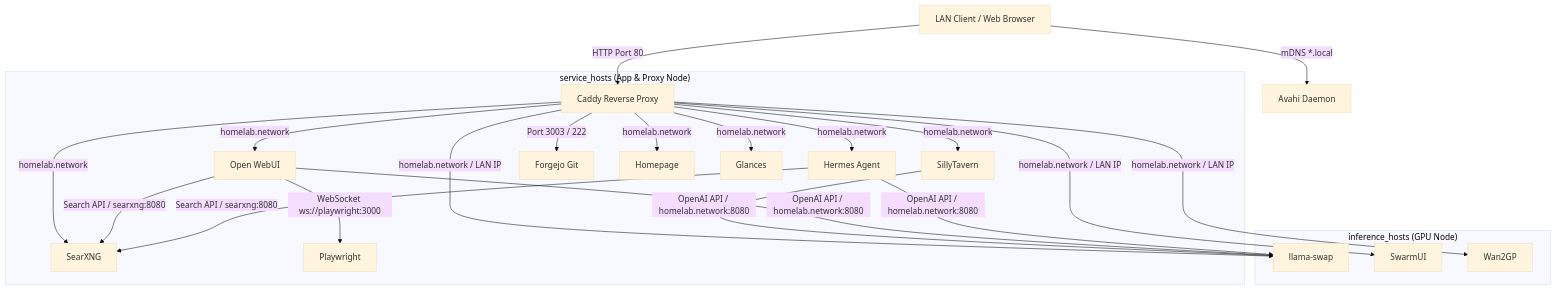
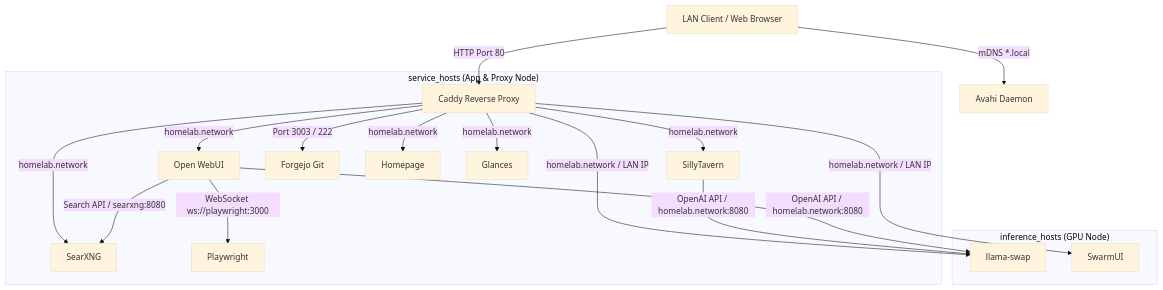
One commit to Darkkal/homelab changed the diagram in docs/architecture.md. Above: the diagram before and after it, drawn with Mermaid (base theme). The commit also changed other lines of this file and 3 other files, not shown here.

Commit message:
docs: remove hermes and wan2gp references

````diff
--- a/docs/architecture.md
+++ b/docs/architecture.md
@@ -23,28 +23,24 @@
 ```mermaid
 graph TD
     Client[LAN Client / Web Browser] -->|mDNS *.local| Avahi[Avahi Daemon]
     Client -->|HTTP Port 80| Caddy[Caddy Reverse Proxy]
     
     subgraph service_hosts ["service_hosts (App & Proxy Node)"]
         Caddy -->|homelab.network| SillyTavern[SillyTavern]
         Caddy -->|homelab.network| OpenWebUI[Open WebUI]
-        Caddy -->|homelab.network| Hermes[Hermes Agent]
         Caddy -->|homelab.network| SearXNG[SearXNG]
         Caddy -->|Port 3003 / 222| Forgejo[Forgejo Git]
         Caddy -->|homelab.network| Homepage[Homepage]
         Caddy -->|homelab.network| Glances[Glances]
         OpenWebUI -->|WebSocket ws://playwright:3000| Playwright[Playwright]
     end
 
     subgraph inference_hosts ["inference_hosts (GPU Node)"]
         Caddy -->|homelab.network / LAN IP| LlamaSwap[llama-swap]
         Caddy -->|homelab.network / LAN IP| SwarmUI[SwarmUI]
-        Caddy -->|homelab.network / LAN IP| Wan2GP[Wan2GP]
     end
 
     SillyTavern -->|OpenAI API / homelab.network:8080| LlamaSwap
     OpenWebUI -->|OpenAI API / homelab.network:8080| LlamaSwap
     OpenWebUI -->|Search API / searxng:8080| SearXNG
-    Hermes -->|OpenAI API / homelab.network:8080| LlamaSwap
-    Hermes -->|Search API / searxng:8080| SearXNG
 ```
````
